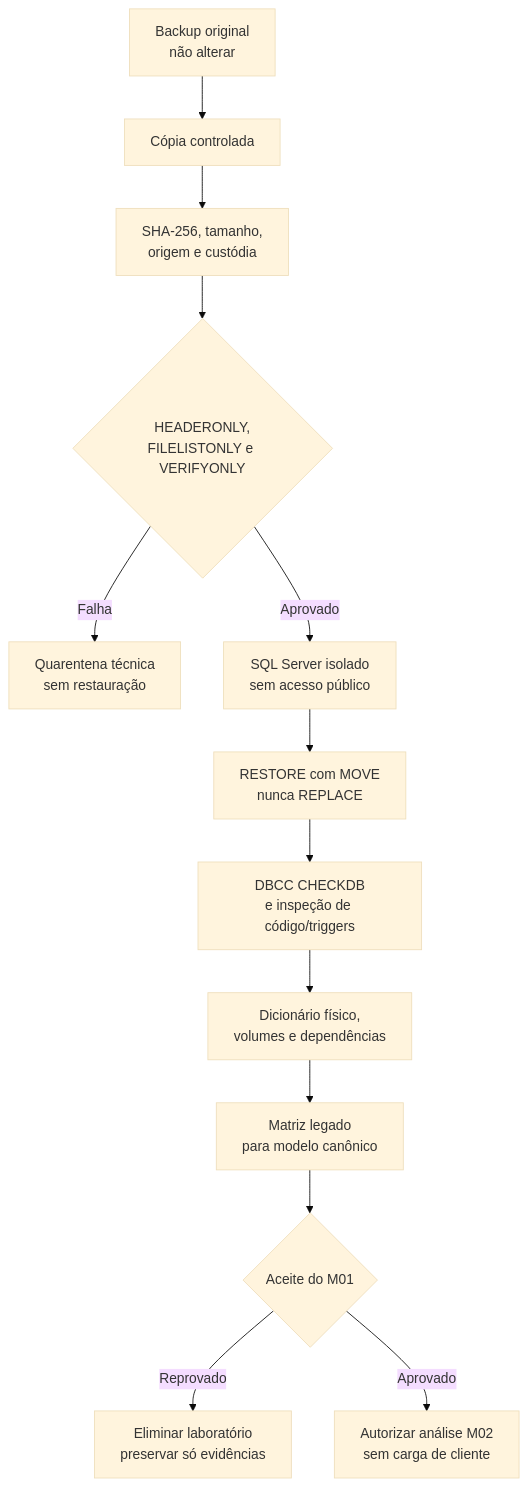
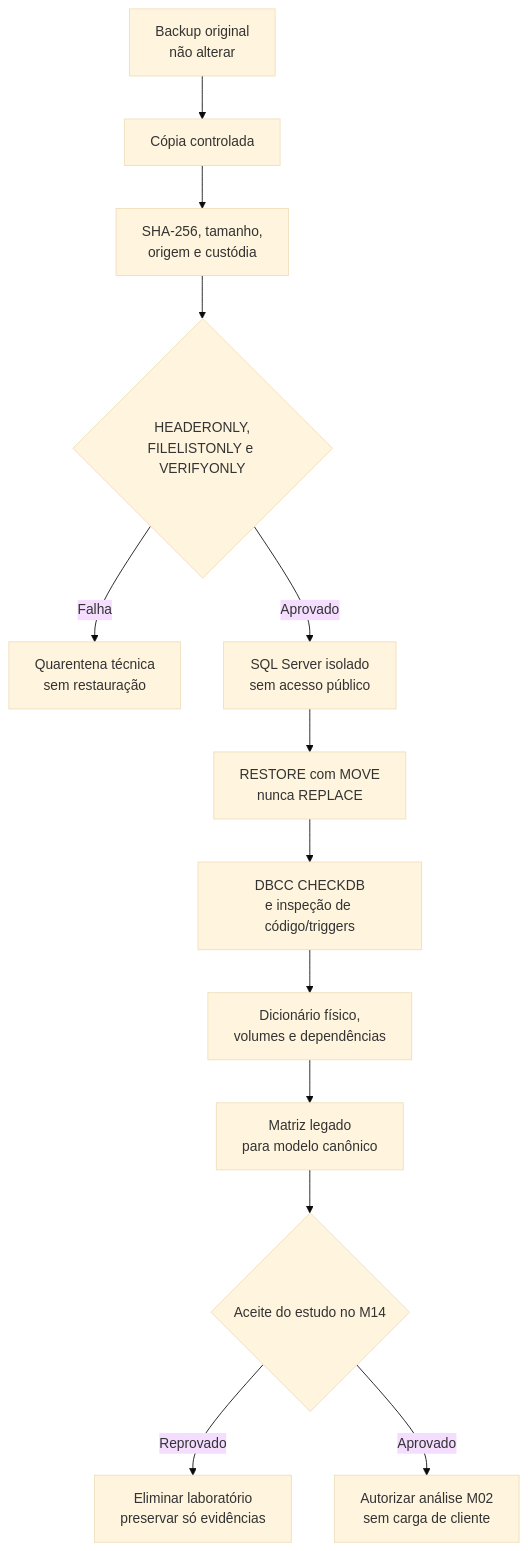
The diagram in PARECER-TECNICO-M01-ENGENHARIA-REVERSA.md (connection-cyber-so/connectioncyber), drawn with Mermaid (base theme) before and after one commit. The commit also changed other lines of this file and 6 other files, not shown here.

````diff
--- a/PARECER-TECNICO-M01-ENGENHARIA-REVERSA.md
+++ b/PARECER-TECNICO-M01-ENGENHARIA-REVERSA.md
@@ -143,15 +145,15 @@
 ```mermaid
 flowchart TD
     A[Backup original<br/>não alterar] --> B[Cópia controlada]
     B --> C[SHA-256, tamanho,<br/>origem e custódia]
     C --> D{HEADERONLY,<br/>FILELISTONLY e VERIFYONLY}
     D -->|Falha| X[Quarentena técnica<br/>sem restauração]
     D -->|Aprovado| E[SQL Server isolado<br/>sem acesso público]
     E --> F[RESTORE com MOVE<br/>nunca REPLACE]
     F --> G[DBCC CHECKDB<br/>e inspeção de código/triggers]
     G --> H[Dicionário físico,<br/>volumes e dependências]
     H --> I[Matriz legado<br/>para modelo canônico]
-    I --> J{Aceite do M01}
+    I --> J{Aceite do estudo no M14}
     J -->|Reprovado| K[Eliminar laboratório<br/>preservar só evidências]
     J -->|Aprovado| L[Autorizar análise M02<br/>sem carga de cliente]
 ```
````
